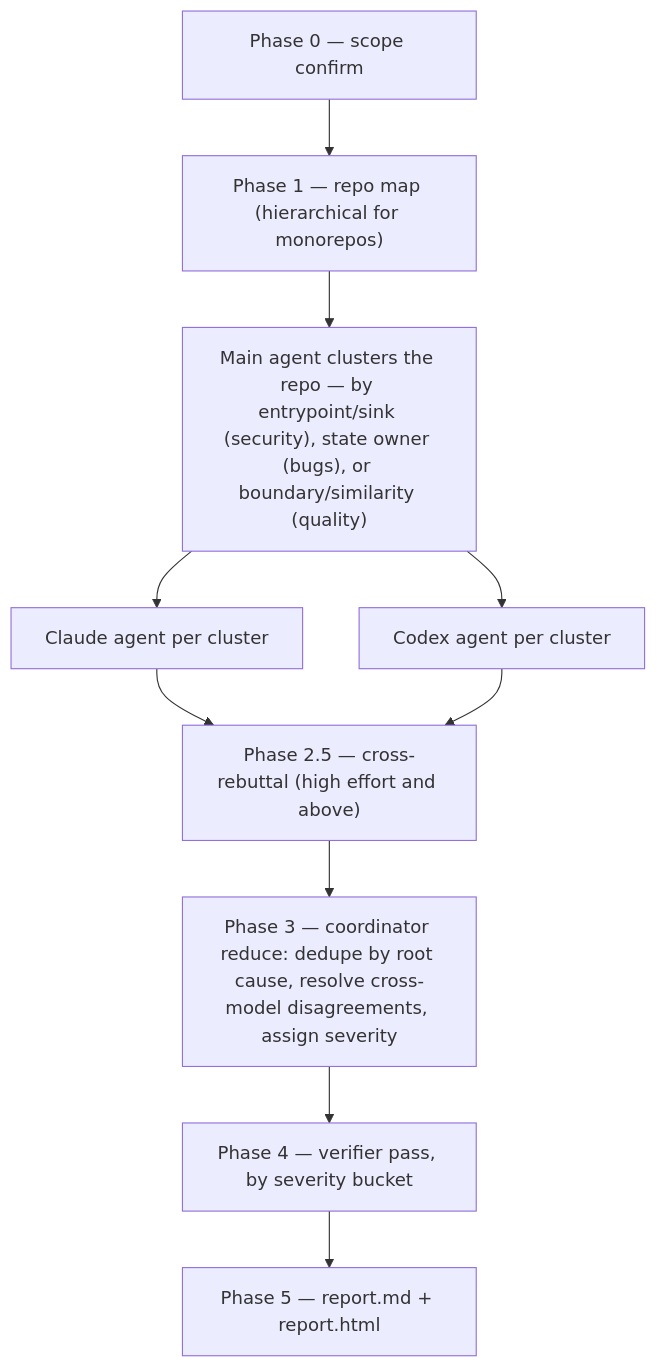
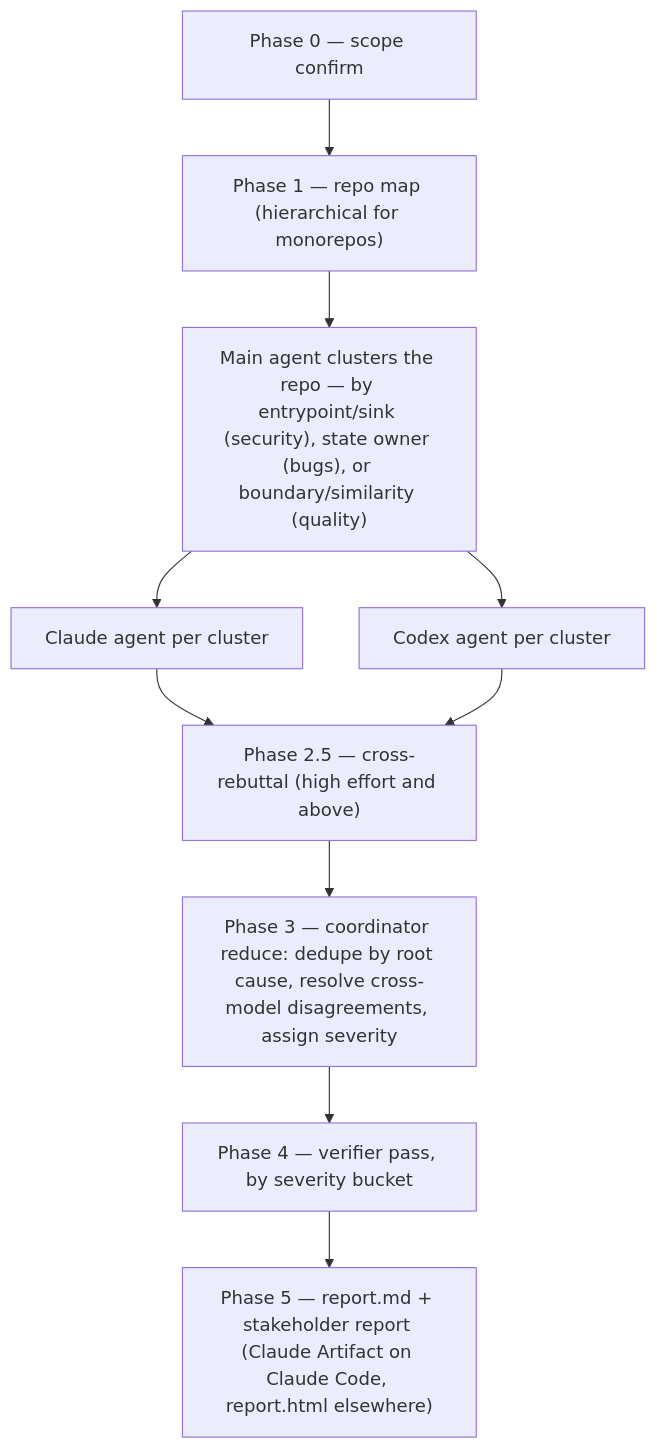
The diagram in skills/harden/README.md (alejoamiras/aa-skills), drawn with Mermaid before and after one commit. The commit also changed other lines of this file and 7 other files, not shown here.

First line of the commit message:
feat(harden): driver-aware stakeholder report (Claude Artifact / report.html) for every focus; retire harden-bugs + harden-quality; install.sh prunes dangling skill links; managed auto-compact

````diff
--- a/skills/harden/README.md
+++ b/skills/harden/README.md
@@ -17,12 +17,12 @@
 ```mermaid
 flowchart TD
     S0["Phase 0 — scope confirm"] --> S1["Phase 1 — repo map (hierarchical for monorepos)"]
     S1 --> CL["Main agent clusters the repo — by entrypoint/sink (security), state owner (bugs), or boundary/similarity (quality)"]
     CL --> A["Claude agent per cluster"]
     CL --> B["Codex agent per cluster"]
     A --> R["Phase 2.5 — cross-rebuttal (high effort and above)"]
     B --> R
     R --> S3["Phase 3 — coordinator reduce: dedupe by root cause, resolve cross-model disagreements, assign severity"]
     S3 --> S4["Phase 4 — verifier pass, by severity bucket"]
-    S4 --> S5["Phase 5 — report.md + report.html"]
+    S4 --> S5["Phase 5 — report.md + stakeholder report (Claude Artifact on Claude Code, report.html elsewhere)"]
 ```
````
